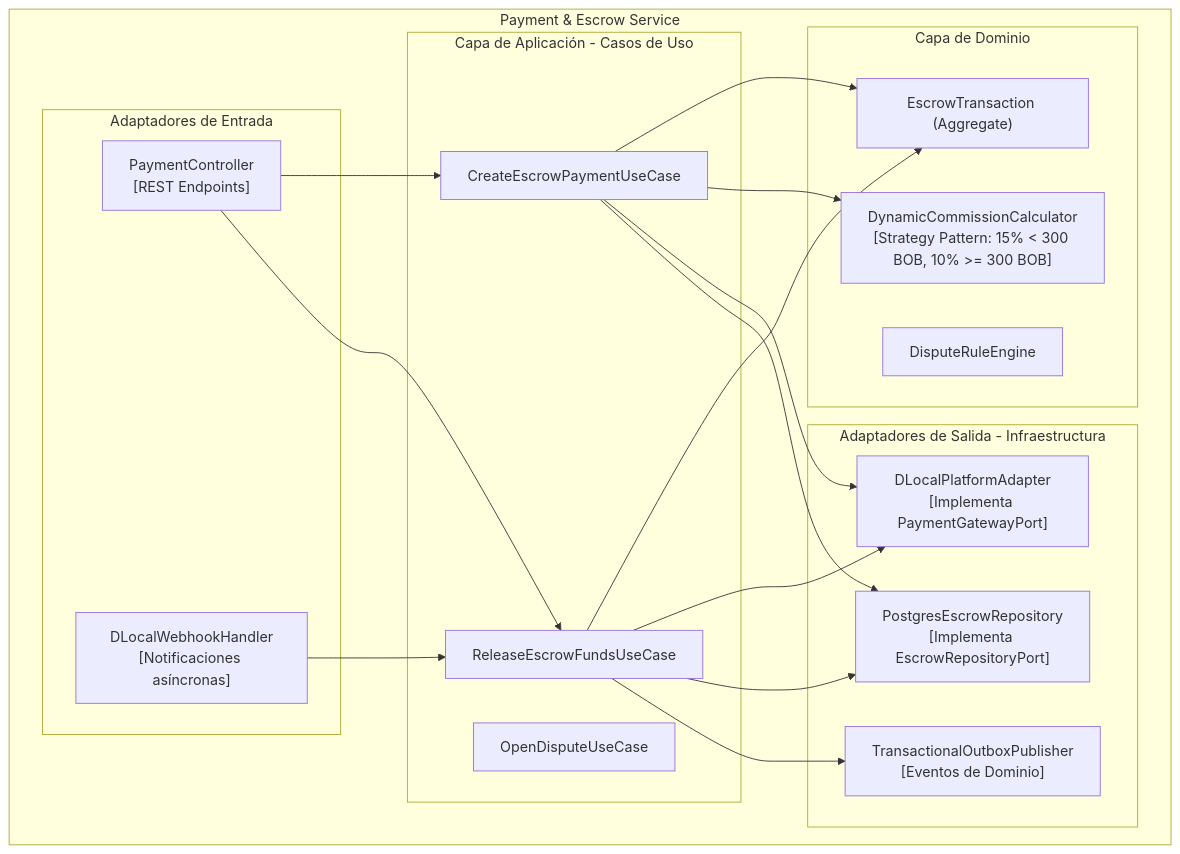
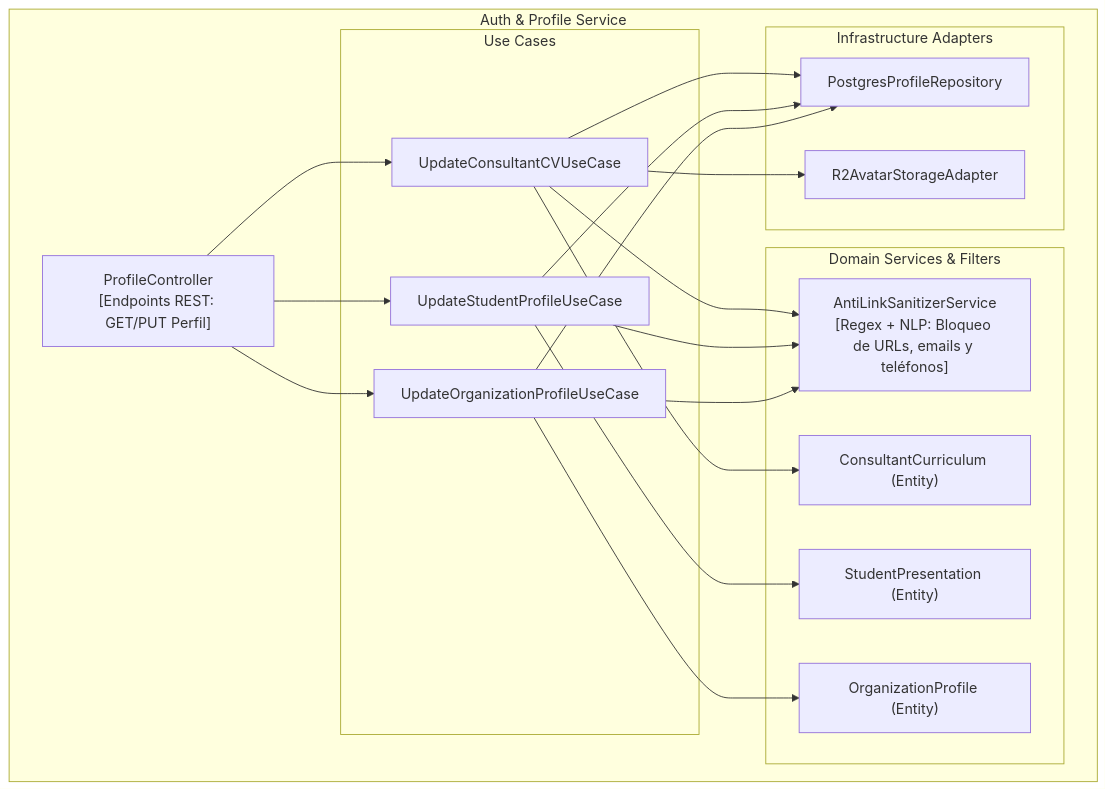
One commit to pcloayza3/plataforma01 changed the third of 7 diagrams in docs/03_architecture_and_design.md. Above: the diagram before and after it, drawn with Mermaid. The commit also changed other lines of this file and 1 other file, not shown here.

````diff
--- a/docs/03_architecture_and_design.md
+++ b/docs/03_architecture_and_design.md
@@ -96,41 +102,41 @@
 ```mermaid
 graph TB
-    subgraph Payment & Escrow Service
-        subgraph Primary Adapters [Adaptadores de Entrada]
-            Ctrl["PaymentController<br/>[REST Endpoints]"]
-            Hook["DLocalWebhookHandler<br/>[Notificaciones asíncronas]"]
+    subgraph Auth & Profile Service
+        Ctrl["ProfileController<br/>[Endpoints REST: GET/PUT Perfil]"]
+        
+        subgraph Use Cases
+            UC_UpdateCV["UpdateConsultantCVUseCase"]
+            UC_UpdateStudent["UpdateStudentProfileUseCase"]
+            UC_UpdateOrg["UpdateOrganizationProfileUseCase"]
         end
 
-        subgraph Application Core [Capa de Aplicación - Casos de Uso]
-            UC_Pay["CreateEscrowPaymentUseCase"]
-            UC_Rel["ReleaseEscrowFundsUseCase"]
-            UC_Disp["OpenDisputeUseCase"]
+        subgraph Domain Services & Filters
+            Filter_AntiLink["AntiLinkSanitizerService<br/>[Regex + NLP: Bloqueo de URLs, emails y teléfonos]"]
+            Entity_CV["ConsultantCurriculum (Entity)"]
+            Entity_Student["StudentPresentation (Entity)"]
+            Entity_Org["OrganizationProfile (Entity)"]
         end
 
-        subgraph Domain Core [Capa de Dominio]
-            Entity_Escrow["EscrowTransaction (Aggregate)"]
-            Strat_Comm["DynamicCommissionCalculator<br/>[Strategy Pattern: 15% < 300 BOB, 10% >= 300 BOB]"]
-            Rules["DisputeRuleEngine"]
-        end
-
-        subgraph Secondary Adapters [Adaptadores de Salida - Infraestructura]
-            Adapter_DL["DLocalPlatformAdapter<br/>[Implementa PaymentGatewayPort]"]
-            Adapter_Repo["PostgresEscrowRepository<br/>[Implementa EscrowRepositoryPort]"]
-            Adapter_Outbox["TransactionalOutboxPublisher<br/>[Eventos de Dominio]"]
+        subgraph Infrastructure Adapters
+            Repo_User["PostgresProfileRepository"]
+            Storage_Avatar["R2AvatarStorageAdapter"]
         end
     end
 
-    Ctrl --> UC_Pay
-    Ctrl --> UC_Rel
-    Hook --> UC_Rel
+    Ctrl --> UC_UpdateCV
+    Ctrl --> UC_UpdateStudent
+    Ctrl --> UC_UpdateOrg
 
-    UC_Pay --> Entity_Escrow
-    UC_Pay --> Strat_Comm
-    UC_Pay --> Adapter_DL
-    UC_Pay --> Adapter_Repo
+    UC_UpdateCV --> Filter_AntiLink
+    UC_UpdateCV --> Entity_CV
+    UC_UpdateCV --> Repo_User
+    UC_UpdateCV --> Storage_Avatar
 
-    UC_Rel --> Entity_Escrow
-    UC_Rel --> Adapter_DL
-    UC_Rel --> Adapter_Repo
-    UC_Rel --> Adapter_Outbox
+    UC_UpdateStudent --> Filter_AntiLink
+    UC_UpdateStudent --> Entity_Student
+    UC_UpdateStudent --> Repo_User
+
+    UC_UpdateOrg --> Filter_AntiLink
+    UC_UpdateOrg --> Entity_Org
+    UC_UpdateOrg --> Repo_User
 ```
````
